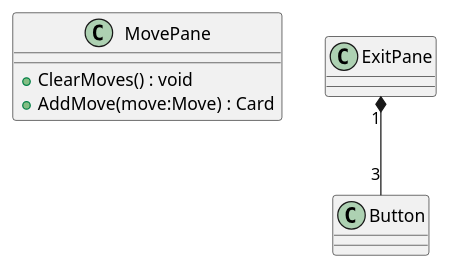
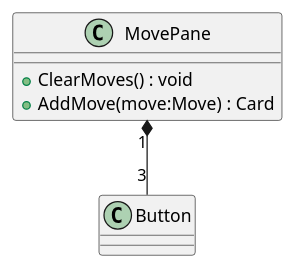
One commit to Leximon-SWE-2025/Leximon changed the diagram in PlantUML/scenes/MovePane.puml. Above: the diagram before and after it, drawn with PlantUML. The commit also changed 10 other files, not shown here.

Commit message:
update uml

```diff
--- a/PlantUML/scenes/MovePane.puml
+++ b/PlantUML/scenes/MovePane.puml
@@ -1,11 +1,11 @@
 @startuml MovePane
 class MovePane  {
     ' - cardScene : PackedScene
     ' - moveContainer : HBoxContainer
     ' + <<override>> _Ready() : void
     + ClearMoves() : void
     + AddMove(move:Move) : Card
 }
 ' Control <|-- MovePane
-ExitPane "1" *-- "3" Button
+MovePane "1" *-- "3" Button
 @enduml
```
